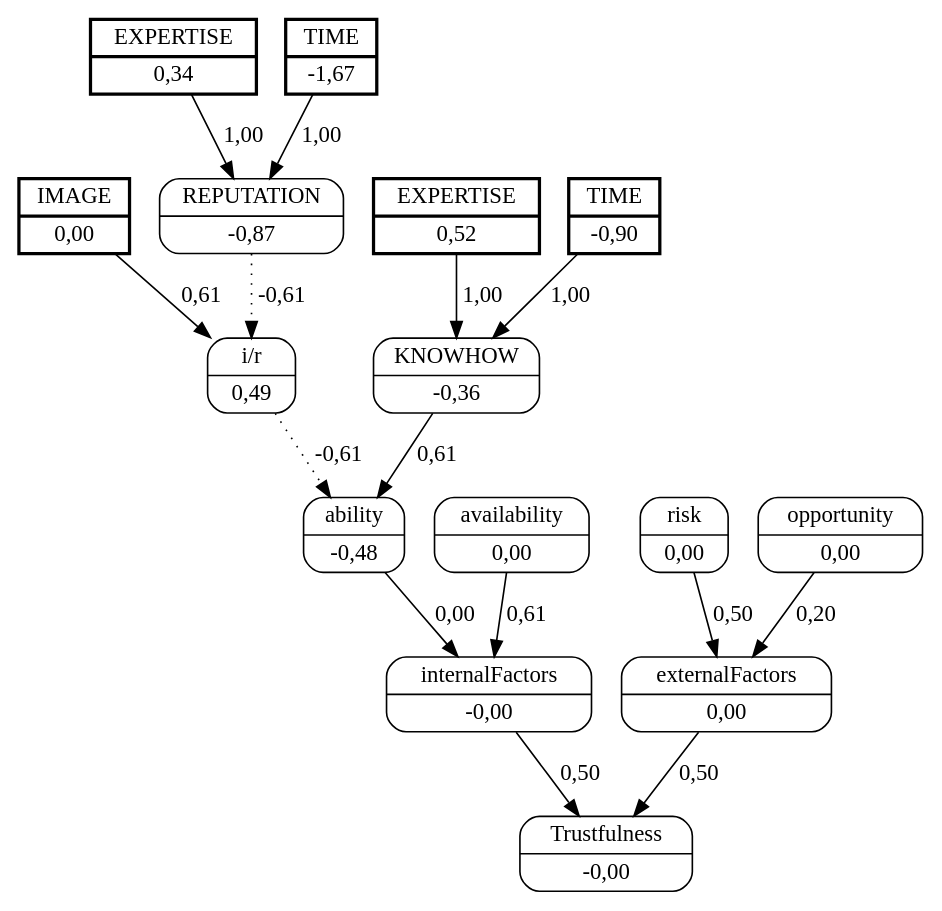
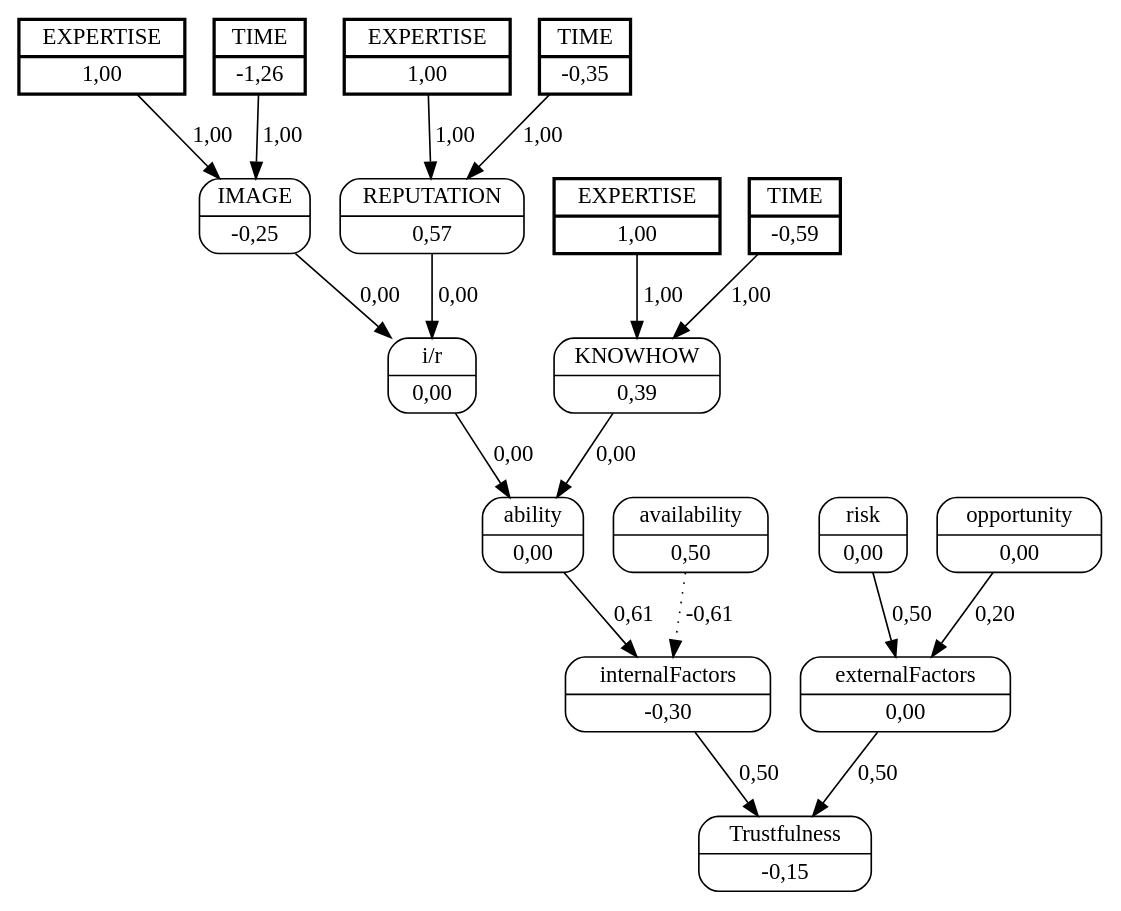
One commit to jjbaqueta/unload_experiment changed the diagram in unload_boxes/dots/worker_2helper_3.dot. Above: the diagram before and after it, drawn with Graphviz. The commit also changed 92 other files, not shown here.

```diff
--- a/unload_boxes/dots/worker_2helper_3.dot
+++ b/unload_boxes/dots/worker_2helper_3.dot
@@ -1,34 +1,38 @@
 digraph FCM_net{
 	node [shape=record, style=rounded]
-	0 [label="{IMAGE | 0,00}", style=bold, penwidth=2, peripheries=2];
-	11 [label="{EXPERTISE | 0,34}", style=bold, penwidth=2, peripheries=2];
-	12 [label="{TIME | -1,67}", style=bold, penwidth=2, peripheries=2];
-	13 [label="{EXPERTISE | 0,52}", style=bold, penwidth=2, peripheries=2];
-	14 [label="{TIME | -0,90}", style=bold, penwidth=2, peripheries=2];
-	0 [label="{IMAGE | 0,00}"];
-	1 [label="{REPUTATION | -0,87}"];
-	2 [label="{KNOWHOW | -0,36}"];
-	3 [label="{i/r | 0,49}"];
-	4 [label="{ability | -0,48}"];
-	5 [label="{availability | 0,00}"];
-	6 [label="{internalFactors | -0,00}"];
+	11 [label="{EXPERTISE | 1,00}", style=bold, penwidth=2, peripheries=2];
+	12 [label="{TIME | -1,26}", style=bold, penwidth=2, peripheries=2];
+	13 [label="{EXPERTISE | 1,00}", style=bold, penwidth=2, peripheries=2];
+	14 [label="{TIME | -0,35}", style=bold, penwidth=2, peripheries=2];
+	15 [label="{EXPERTISE | 1,00}", style=bold, penwidth=2, peripheries=2];
+	16 [label="{TIME | -0,59}", style=bold, penwidth=2, peripheries=2];
+	0 [label="{IMAGE | -0,25}"];
+	1 [label="{REPUTATION | 0,57}"];
+	2 [label="{KNOWHOW | 0,39}"];
+	3 [label="{i/r | 0,00}"];
+	4 [label="{ability | 0,00}"];
+	5 [label="{availability | 0,50}"];
+	6 [label="{internalFactors | -0,30}"];
 	7 [label="{risk | 0,00}"];
 	8 [label="{opportunity | 0,00}"];
 	9 [label="{externalFactors | 0,00}"];
-	10 [label="{Trustfulness | -0,00}"];
-	12 [label="{TIME | -1,67}"];
-	0 -> 3 [label = "0,61"];
-	1 -> 3 [label = "-0,61", style=dotted];
-	3 -> 4 [label = "-0,61", style=dotted];
-	2 -> 4 [label = "0,61"];
-	4 -> 6 [label = "0,00"];
-	5 -> 6 [label = "0,61"];
+	10 [label="{Trustfulness | -0,15}"];
+	11 [label="{EXPERTISE | 1,00}"];
+	13 [label="{EXPERTISE | 1,00}"];
+	0 -> 3 [label = "0,00"];
+	1 -> 3 [label = "0,00"];
+	3 -> 4 [label = "0,00"];
+	2 -> 4 [label = "0,00"];
+	4 -> 6 [label = "0,61"];
+	5 -> 6 [label = "-0,61", style=dotted];
 	6 -> 10 [label = "0,50"];
 	7 -> 9 [label = "0,50"];
 	8 -> 9 [label = "0,20"];
 	9 -> 10 [label = "0,50"];
-	11 -> 1 [label = "1,00"];
-	12 -> 1 [label = "1,00"];
-	13 -> 2 [label = "1,00"];
-	14 -> 2 [label = "1,00"];
+	11 -> 0 [label = "1,00"];
+	12 -> 0 [label = "1,00"];
+	13 -> 1 [label = "1,00"];
+	14 -> 1 [label = "1,00"];
+	15 -> 2 [label = "1,00"];
+	16 -> 2 [label = "1,00"];
 }
```
